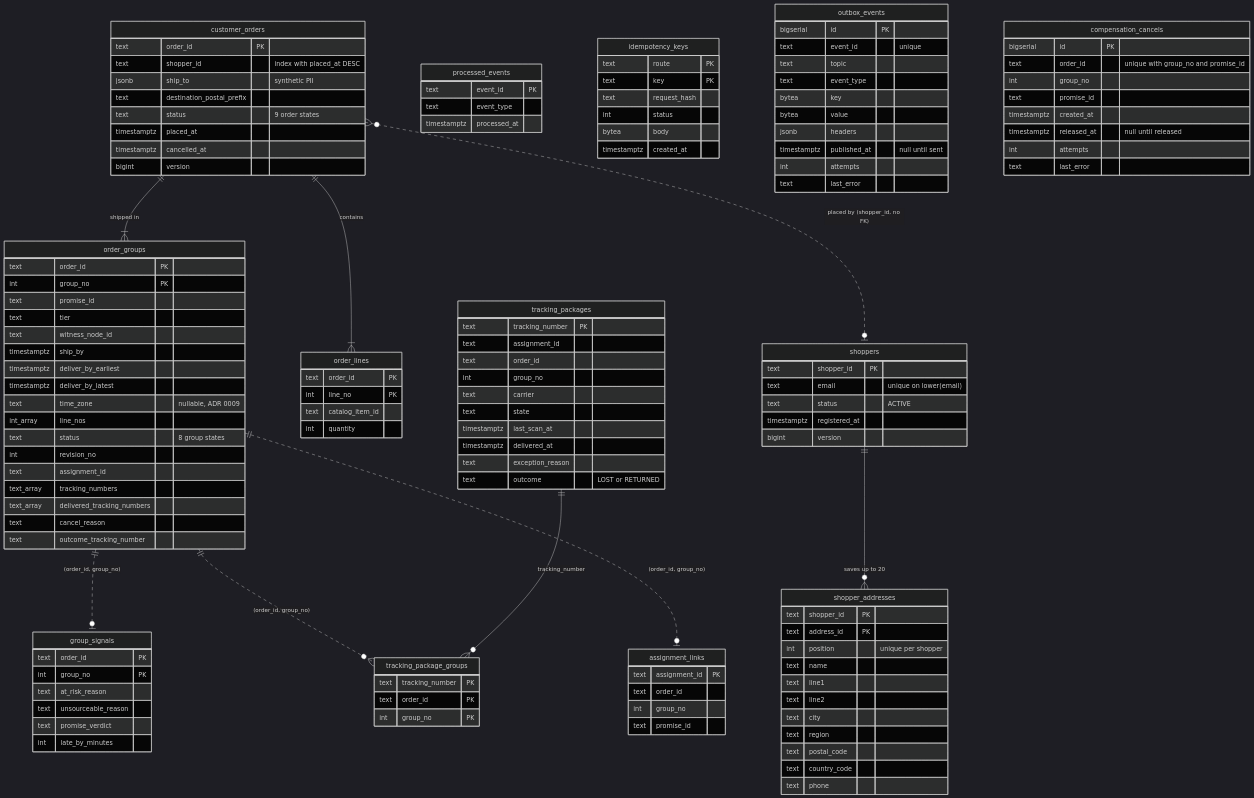
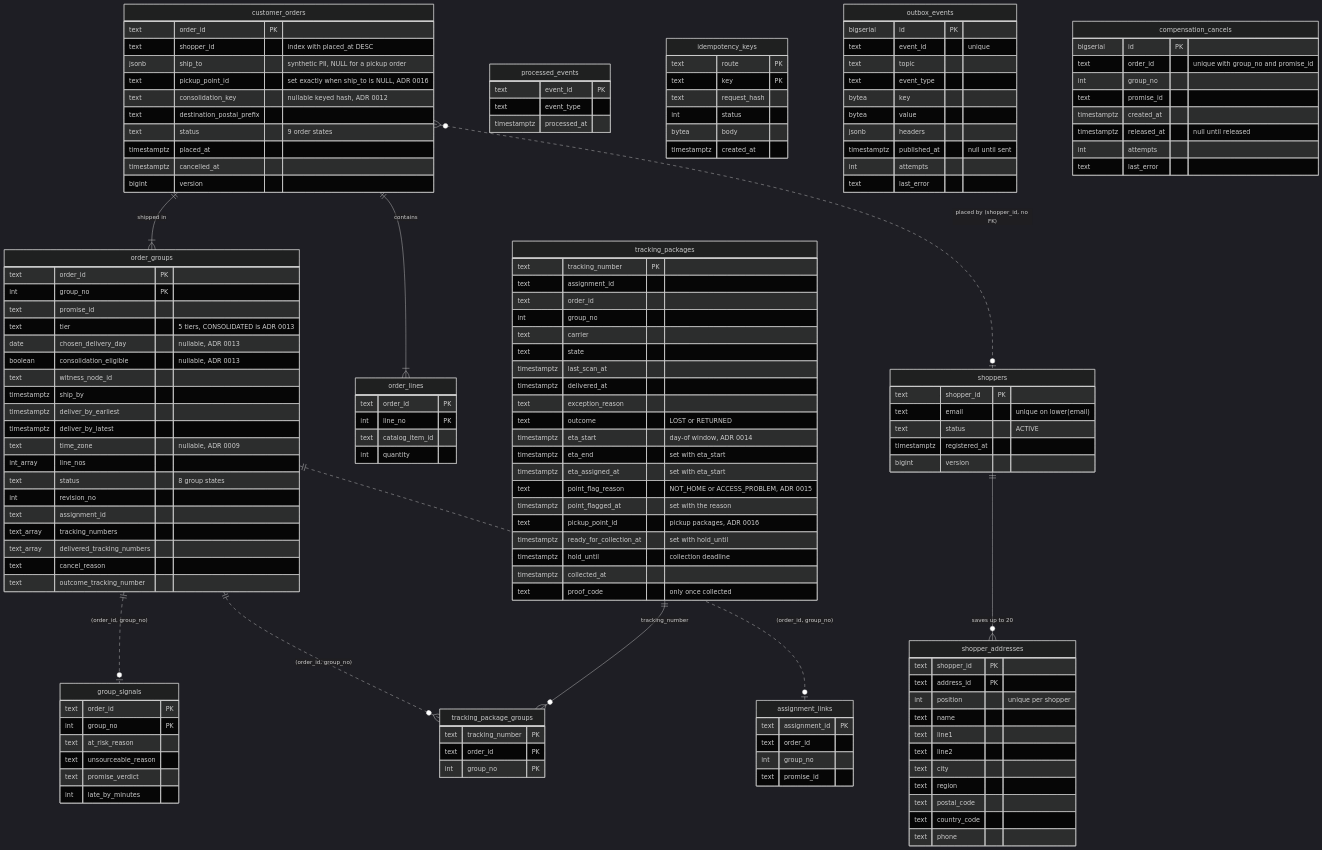
One commit to IQVO/customer-ordering changed the diagram in docs/docs/ddd/entity-relationship.md. Above: the diagram before and after it, drawn with Mermaid (dark theme). The commit also changed other lines of this file and 1 other file, not shown here.

Commit message:
docs(ddd): entity-relationship diagram covers migrations 0001-0011
The page stopped at 0005/0007: thirteen tables, eleven down migrations, and the columns of 0008-0011 were missing (CONSOLIDATED tier, chosen_delivery_day, consolidation_eligible, consolidation_key, the ETA window, the point flag, the pickup destination and the collection columns). Each column was checked against the migration it comes from.

```diff
--- a/docs/docs/ddd/entity-relationship.md
+++ b/docs/docs/ddd/entity-relationship.md
@@ -48,7 +48,9 @@
   customer_orders {
     text order_id PK
     text shopper_id "index with placed_at DESC"
-    jsonb ship_to "synthetic PII"
+    jsonb ship_to "synthetic PII, NULL for a pickup order"
+    text pickup_point_id "set exactly when ship_to is NULL, ADR 0016"
+    text consolidation_key "nullable keyed hash, ADR 0012"
     text destination_postal_prefix
     text status "9 order states"
     timestamptz placed_at
@@ -65,7 +67,9 @@
     text order_id PK
     int group_no PK
     text promise_id
-    text tier
+    text tier "5 tiers, CONSOLIDATED is ADR 0013"
+    date chosen_delivery_day "nullable, ADR 0013"
+    boolean consolidation_eligible "nullable, ADR 0013"
     text witness_node_id
     timestamptz ship_by
     timestamptz deliver_by_earliest
@@ -99,6 +103,16 @@
     timestamptz delivered_at
     text exception_reason
     text outcome "LOST or RETURNED"
+    timestamptz eta_start "day-of window, ADR 0014"
+    timestamptz eta_end "set with eta_start"
+    timestamptz eta_assigned_at "set with eta_start"
+    text point_flag_reason "NOT_HOME or ACCESS_PROBLEM, ADR 0015"
+    timestamptz point_flagged_at "set with the reason"
+    text pickup_point_id "pickup packages, ADR 0016"
+    timestamptz ready_for_collection_at "set with hold_until"
+    timestamptz hold_until "collection deadline"
+    timestamptz collected_at
+    text proof_code "only once collected"
   }
   tracking_package_groups {
     text tracking_number PK
```
